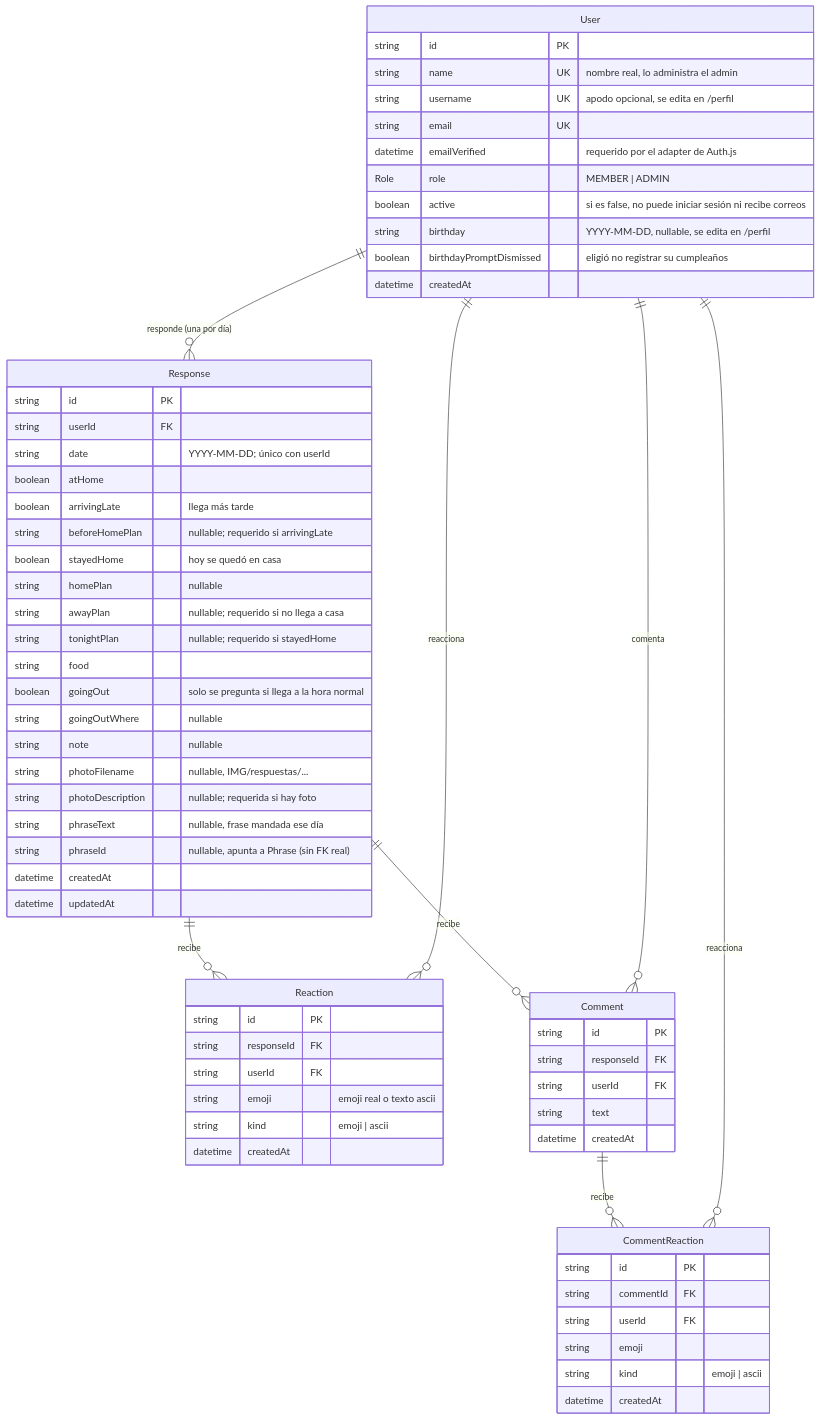
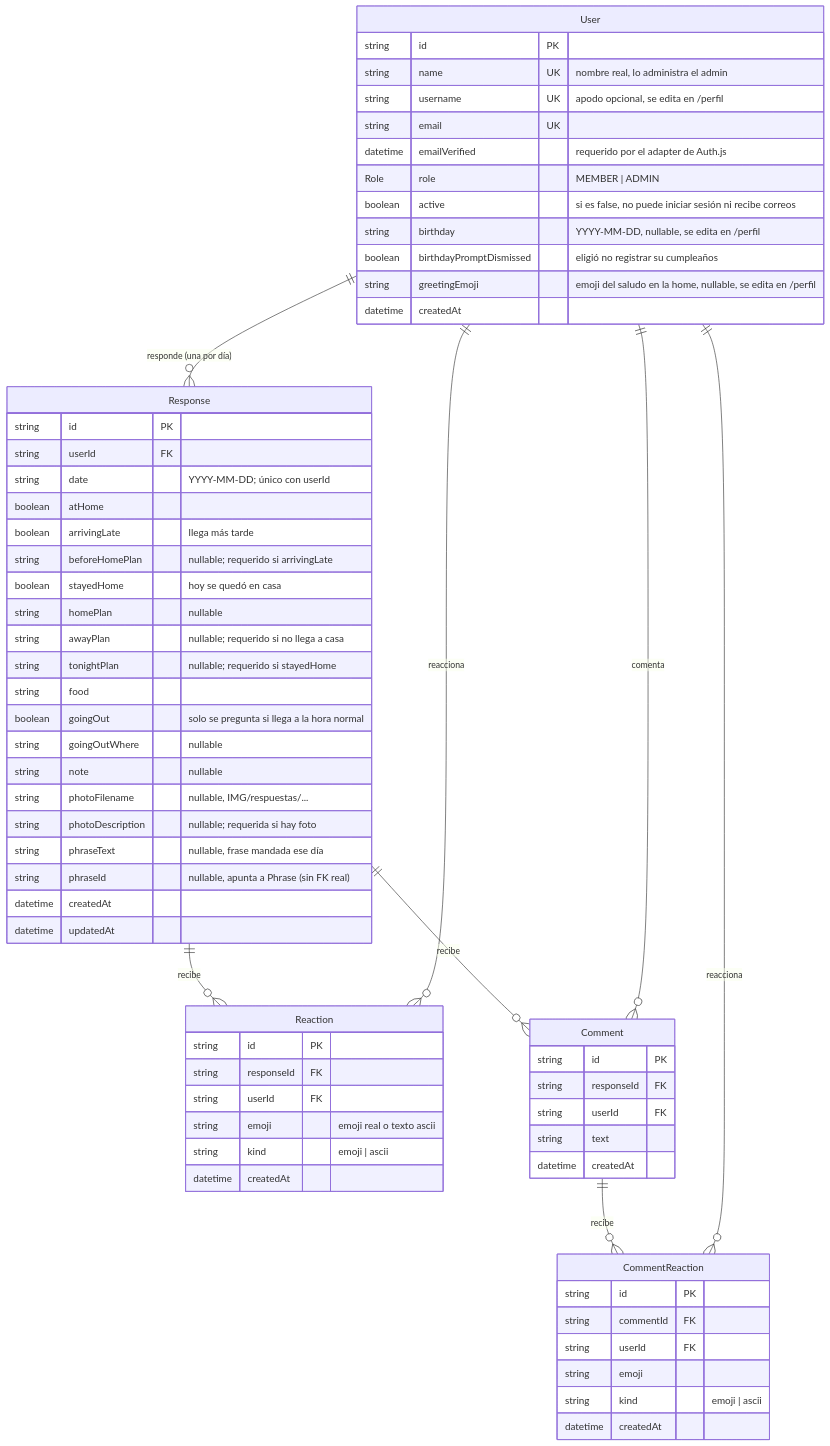
The first of 3 diagrams in docs/BASE-DE-DATOS.md (rominavc99/wygh-public), drawn with Mermaid before and after one commit. The commit also changed 7 other files, not shown here.

First line of the commit message:
Emoji del saludo personalizable desde /perfil (#2)

````diff
--- a/docs/BASE-DE-DATOS.md
+++ b/docs/BASE-DE-DATOS.md
@@ -19,72 +19,73 @@
 ```mermaid
 erDiagram
     User ||--o{ Response : "responde (una por día)"
     Response ||--o{ Reaction : "recibe"
     Response ||--o{ Comment : "recibe"
     Comment ||--o{ CommentReaction : "recibe"
     User ||--o{ Reaction : "reacciona"
     User ||--o{ Comment : "comenta"
     User ||--o{ CommentReaction : "reacciona"
 
     User {
         string id PK
         string name UK "nombre real, lo administra el admin"
         string username UK "apodo opcional, se edita en /perfil"
         string email UK
         datetime emailVerified "requerido por el adapter de Auth.js"
         Role role "MEMBER | ADMIN"
         boolean active "si es false, no puede iniciar sesión ni recibe correos"
         string birthday "YYYY-MM-DD, nullable, se edita en /perfil"
         boolean birthdayPromptDismissed "eligió no registrar su cumpleaños"
+        string greetingEmoji "emoji del saludo en la home, nullable, se edita en /perfil"
         datetime createdAt
     }
 
     Response {
         string id PK
         string userId FK
         string date "YYYY-MM-DD; único con userId"
         boolean atHome
         boolean arrivingLate "llega más tarde"
         string beforeHomePlan "nullable; requerido si arrivingLate"
         boolean stayedHome "hoy se quedó en casa"
         string homePlan "nullable"
         string awayPlan "nullable; requerido si no llega a casa"
         string tonightPlan "nullable; requerido si stayedHome"
         string food
         boolean goingOut "solo se pregunta si llega a la hora normal"
         string goingOutWhere "nullable"
         string note "nullable"
         string photoFilename "nullable, IMG/respuestas/..."
         string photoDescription "nullable; requerida si hay foto"
         string phraseText "nullable, frase mandada ese día"
         string phraseId "nullable, apunta a Phrase (sin FK real)"
         datetime createdAt
         datetime updatedAt
     }
 
     Reaction {
         string id PK
         string responseId FK
         string userId FK
         string emoji "emoji real o texto ascii"
         string kind "emoji | ascii"
         datetime createdAt
     }
 
     Comment {
         string id PK
         string responseId FK
         string userId FK
         string text
         datetime createdAt
     }
 
     CommentReaction {
         string id PK
         string commentId FK
         string userId FK
         string emoji
         string kind "emoji | ascii"
         datetime createdAt
     }
 ```
````
